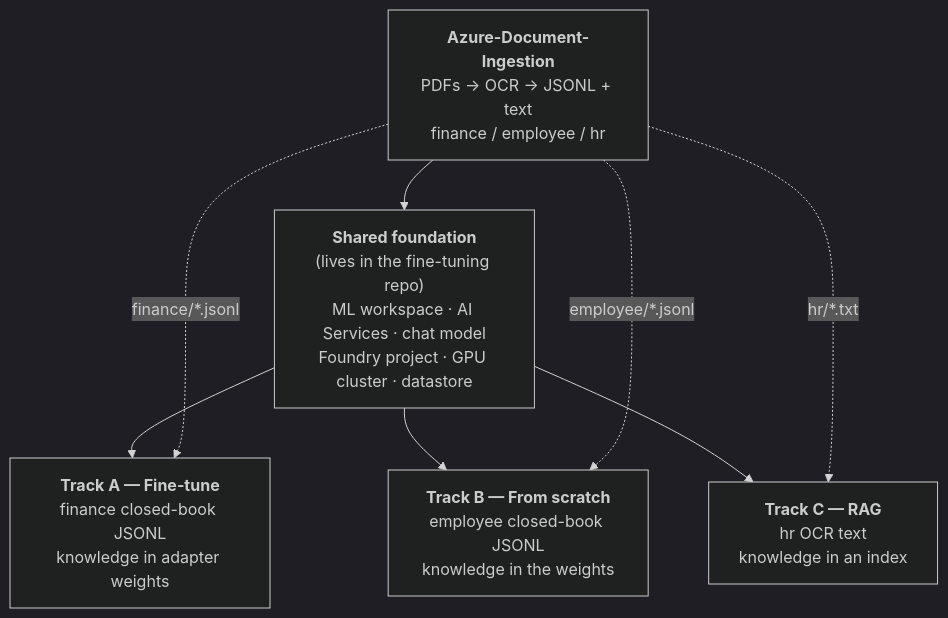
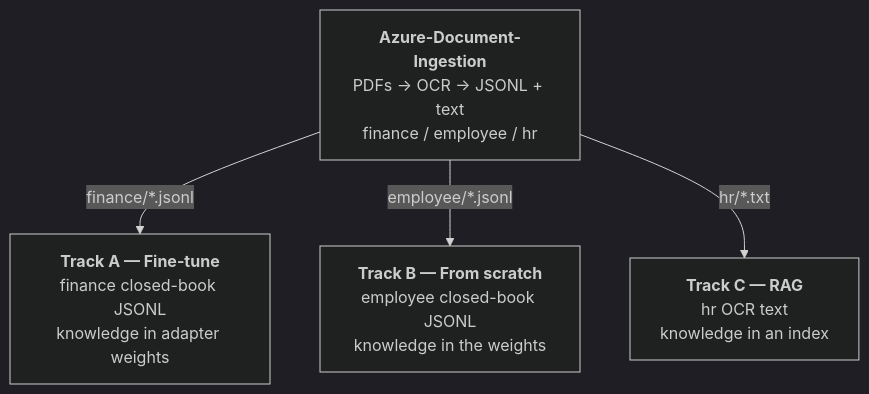
The diagram in README.md (Auxin-io/Azure-Document-Ingestion), drawn with Mermaid (dark theme) before and after one commit. The commit also changed other lines of this file, not shown here.

````diff
--- a/README.md
+++ b/README.md
@@ -32,18 +32,12 @@
 ```mermaid
 flowchart TD
     ING["<b>Azure-Document-Ingestion</b><br/>PDFs → OCR → JSONL + text<br/>finance / employee / hr"]
-
-    FOUND["<b>Shared foundation</b><br/>(lives in the fine-tuning repo)<br/>ML workspace · AI Services · chat model<br/>Foundry project · GPU cluster · datastore"]
 
     FT["<b>Track A — Fine-tune</b><br/>finance closed-book JSONL<br/>knowledge in adapter weights"]
     PT["<b>Track B — From scratch</b><br/>employee closed-book JSONL<br/>knowledge in the weights"]
     RAG["<b>Track C — RAG</b><br/>hr OCR text<br/>knowledge in an index"]
 
-    ING --> FOUND
-    FOUND --> FT
-    FOUND --> PT
-    FOUND --> RAG
-    ING -. "finance/*.jsonl" .-> FT
-    ING -. "employee/*.jsonl" .-> PT
-    ING -. "hr/*.txt" .-> RAG
+    ING -->|"finance/*.jsonl"| FT
+    ING -->|"employee/*.jsonl"| PT
+    ING -->|"hr/*.txt"| RAG
 ```
````
